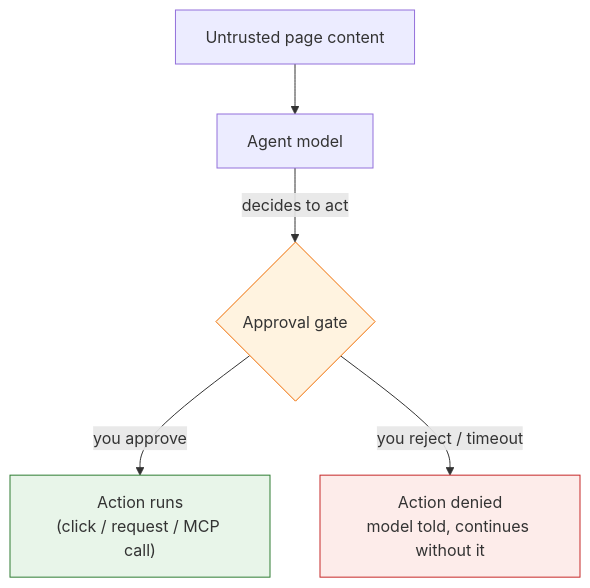
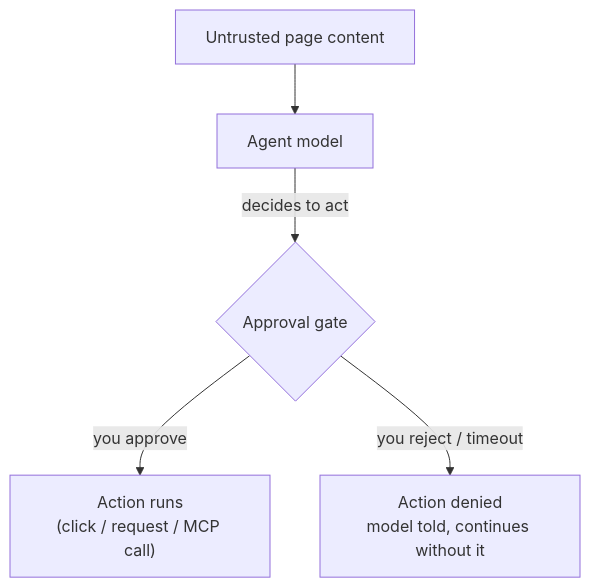
One commit to agentic-com/Agentic-Flow-Doc changed the diagram in src/content/docs/concepts/ai/action-approval.mdx. Above: the diagram before and after it, drawn with Mermaid. The commit also changed other lines of this file and 36 other files, not shown here.

````diff
--- a/src/content/docs/concepts/ai/action-approval.mdx
+++ b/src/content/docs/concepts/ai/action-approval.mdx
@@ -23,11 +25,11 @@
 ```mermaid
 flowchart TB
   Page["Untrusted page content"] --> Model["Agent model"]
   Model -->|decides to act| Gate{"Approval gate"}
   Gate -->|you approve| Act["Action runs<br/>(click / request / MCP call)"]
   Gate -->|you reject / timeout| Deny["Action denied<br/>model told, continues without it"]
 
-  style Gate fill:#fff3e0,stroke:#ef6c00
-  style Act fill:#e8f5e9,stroke:#2e7d32
-  style Deny fill:#fdecea,stroke:#c62828
+  class Gate awf-warn
+  class Act awf-ok
+  class Deny awf-err
 ```
````
